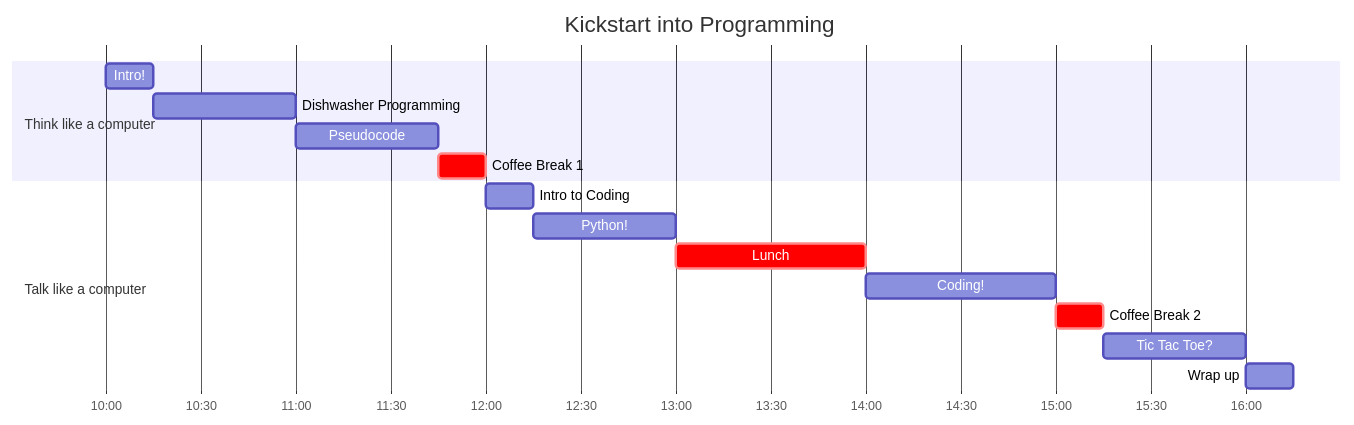
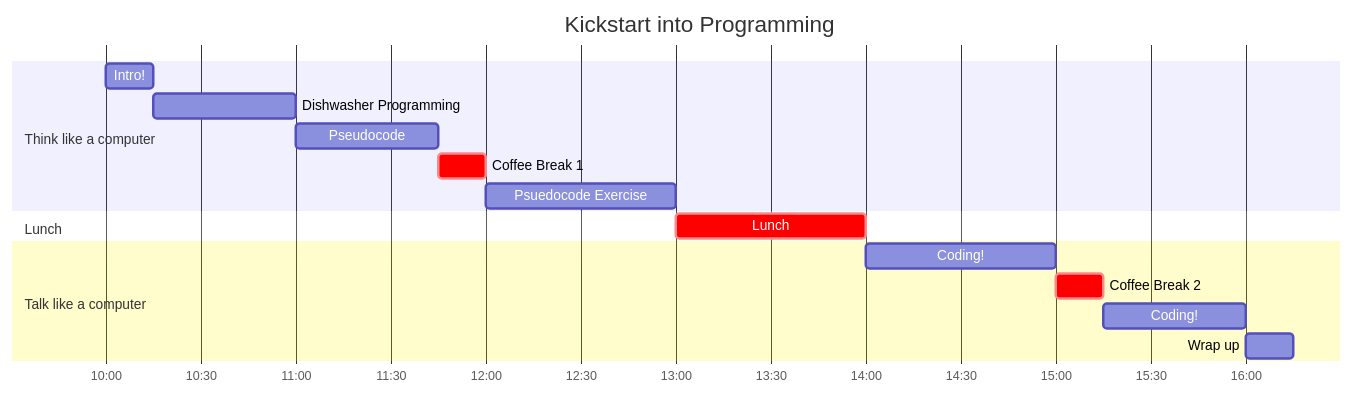
Before and after one commit to adriz-nf/kickstart-into-programming: the diagram in schedule.md, drawn with Mermaid.

````diff
--- a/schedule.md
+++ b/schedule.md
@@ -2,19 +2,19 @@
 ```mermaid
 gantt
     title Kickstart into Programming
     dateFormat HH:mm
     axisFormat %H:%M
     section Think like a computer
     Intro!           :a1, 10:00, 15m
     Dishwasher Programming    :a2,  after a1, 45m
     Pseudocode     :a3, after a2  , 45m
     Coffee Break 1      :crit, cb1, 11:45  , 15m
+    Psuedocode Exercise  : a4, after cb1, 60m
+    section Lunch
+    Lunch               : crit, 13:00,  60m            
     section Talk like a computer
-    Intro to Coding  : a4, after cb1, 15m
-    Python! : a5, after a4, 45m
-    Lunch               : crit, 13:00,  60m            
     Coding!      :  b1, 14:00  , 60m
     Coffee Break 2      : crit, cb2, 15:00, 15m
-    Tic Tac Toe?      : b2, after cb2, 45m
+    Coding!      : b2, after cb2, 45m
     Wrap up             : 16:00, 15m 
 ```
````
